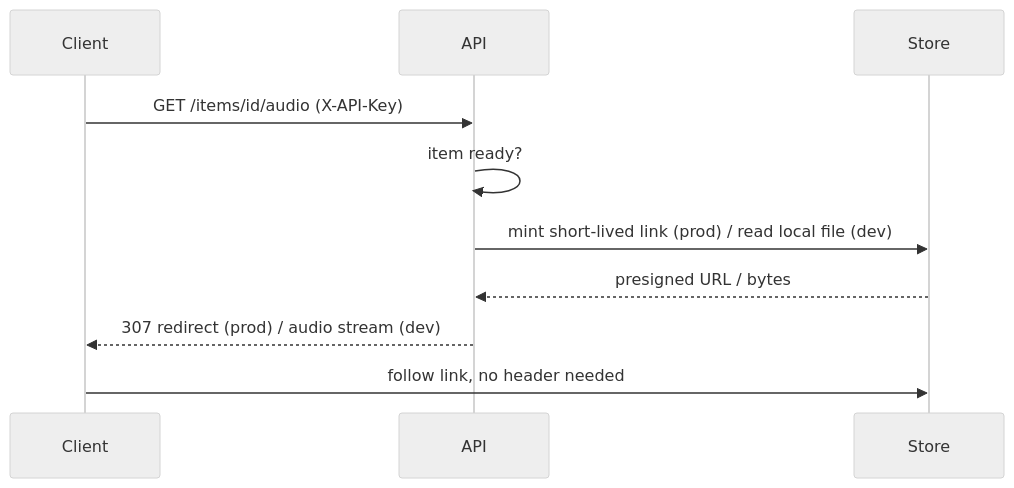
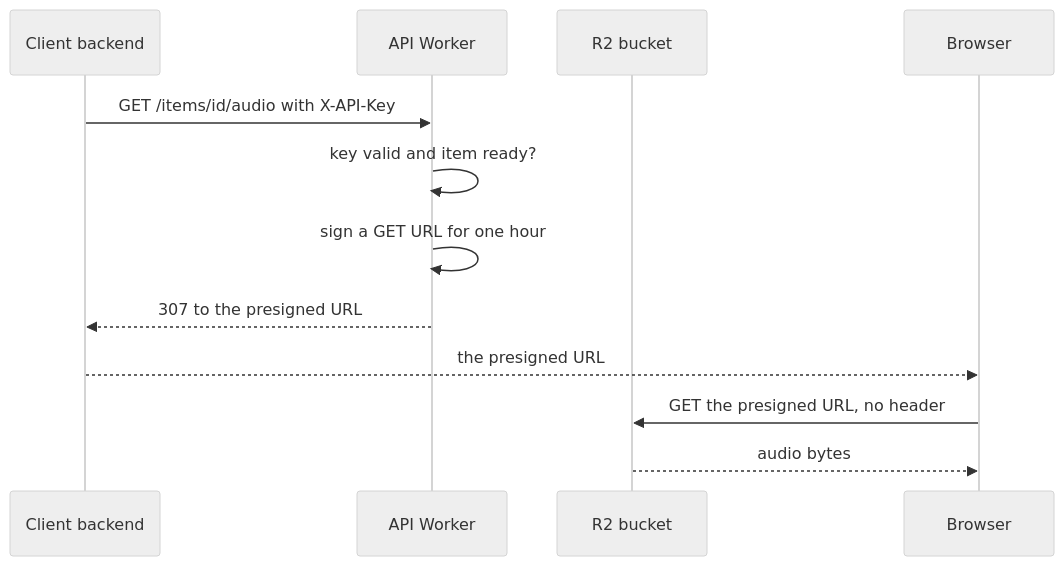
One commit to asermax/nagara changed the diagram in docs/technical-design/authentication.md. Above: the diagram before and after it, drawn with Mermaid (neutral theme). The commit also changed other lines of this file and 18 other files, not shown here.

````diff
--- a/docs/technical-design/authentication.md
+++ b/docs/technical-design/authentication.md
@@ -31,12 +28,14 @@
 ```mermaid
 sequenceDiagram
-    participant Client
-    participant API
-    participant Store
-    Client->>API: GET /items/id/audio (X-API-Key)
-    API->>API: item ready?
-    API->>Store: mint short-lived link (prod) / read local file (dev)
-    Store-->>API: presigned URL / bytes
-    API-->>Client: 307 redirect (prod) / audio stream (dev)
-    Client->>Store: follow link, no header needed
+    participant Backend as Client backend
+    participant API as API Worker
+    participant R2 as R2 bucket
+    participant Browser
+    Backend->>API: GET /items/id/audio with X-API-Key
+    API->>API: key valid and item ready?
+    API->>API: sign a GET URL for one hour
+    API-->>Backend: 307 to the presigned URL
+    Backend-->>Browser: the presigned URL
+    Browser->>R2: GET the presigned URL, no header
+    R2-->>Browser: audio bytes
 ```
````
